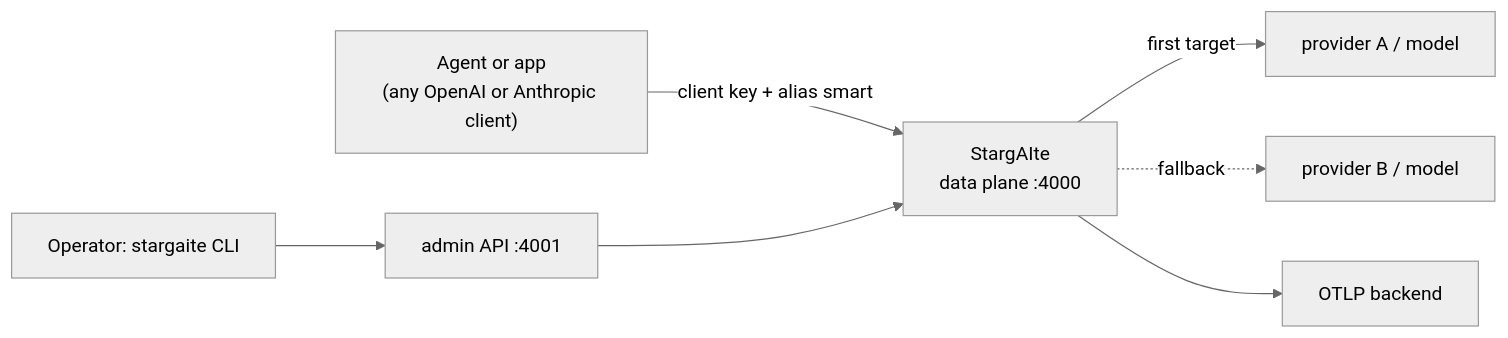
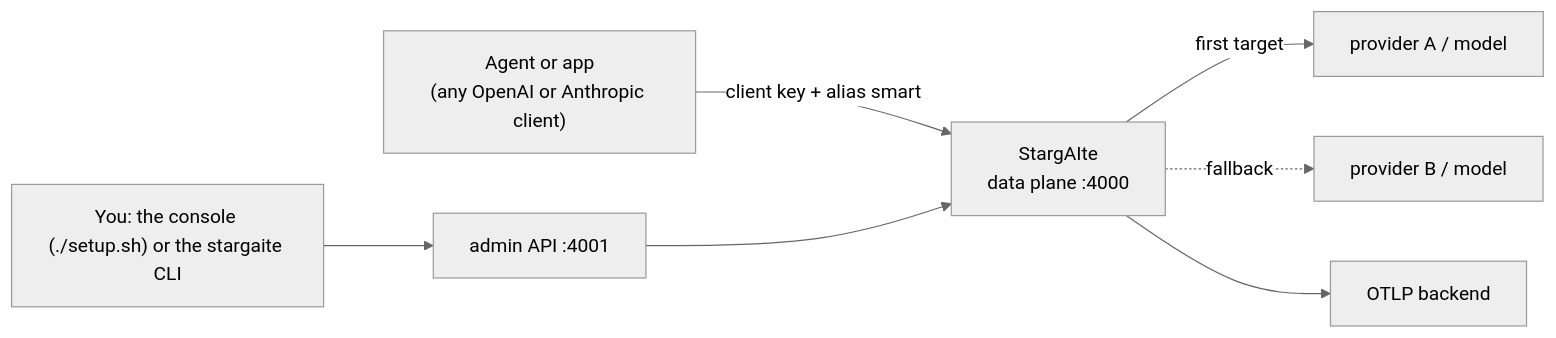
The diagram in README.md (jorlaru/stargaite), drawn with Mermaid (neutral theme) before and after one commit. The commit also changed other lines of this file and 35 other files, not shown here.

````diff
--- a/README.md
+++ b/README.md
@@ -62,8 +62,8 @@
 ```mermaid
 flowchart LR
   C["Agent or app<br/>(any OpenAI or Anthropic client)"] -- "client key + alias smart" --> S["StargAIte<br/>data plane :4000"]
   S -- "first target" --> P1["provider A / model"]
   S -. "fallback" .-> P2["provider B / model"]
   S --> T["OTLP backend"]
-  O["Operator: stargaite CLI"] --> A["admin API :4001"] --> S
+  O["You: the console (./setup.sh) or the stargaite CLI"] --> A["admin API :4001"] --> S
 ```
````
